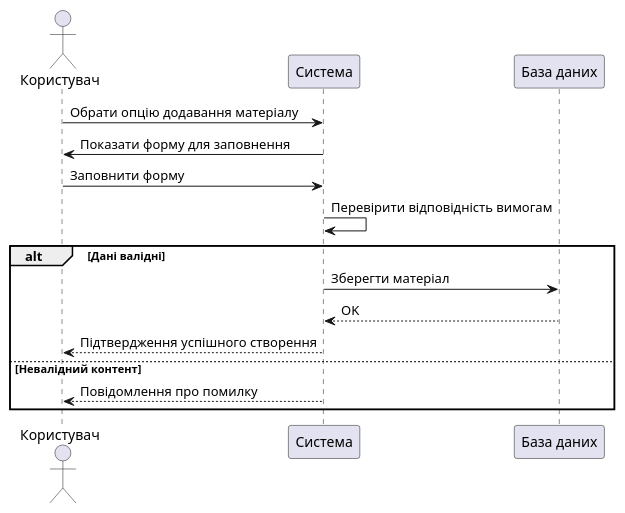
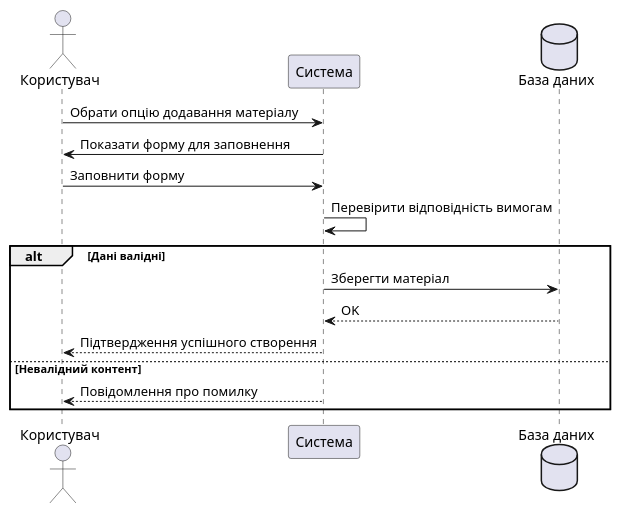
The tenth of 13 diagrams in docs/use cases/README.md (qweitqx/BD-lab66), drawn with PlantUML before and after one commit. The commit also changed other lines of this file, not shown here.

```diff
--- a/docs/use cases/README.md
+++ b/docs/use cases/README.md
@@ -415,17 +416,17 @@
 @startuml
 actor Користувач
 participant "Система" as System
-participant "База даних" as DB
+database "База даних" as DB
 
 Користувач -> System : Обрати опцію додавання матеріалу
 System -> Користувач : Показати форму для заповнення
 Користувач -> System : Заповнити форму
 System -> System : Перевірити відповідність вимогам
 alt Дані валідні
     System -> DB : Зберегти матеріал
     DB --> System : OK
     System --> Користувач : Підтвердження успішного створення
 else Невалідний контент
     System --> Користувач : Повідомлення про помилку
 end
 @enduml
```
